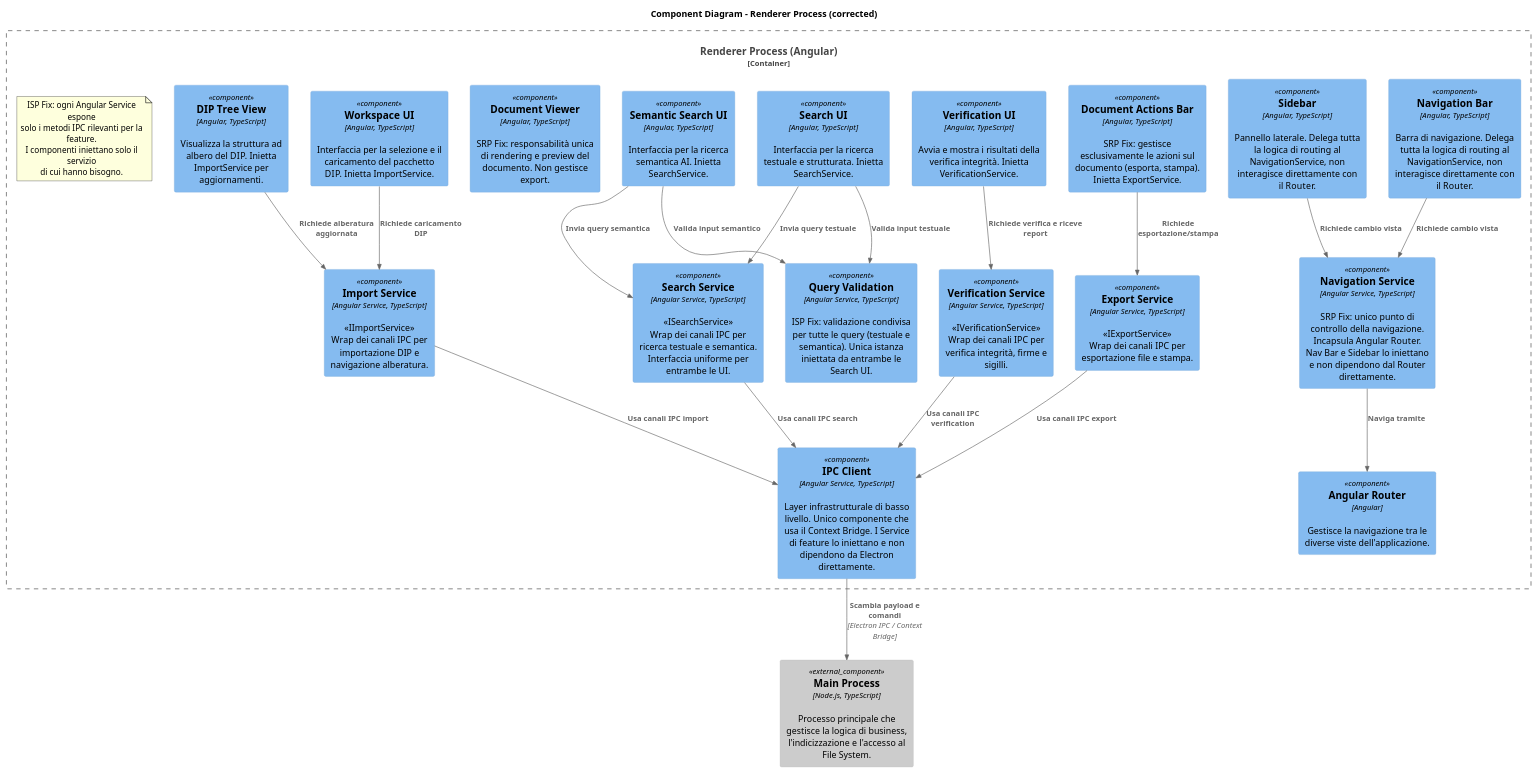
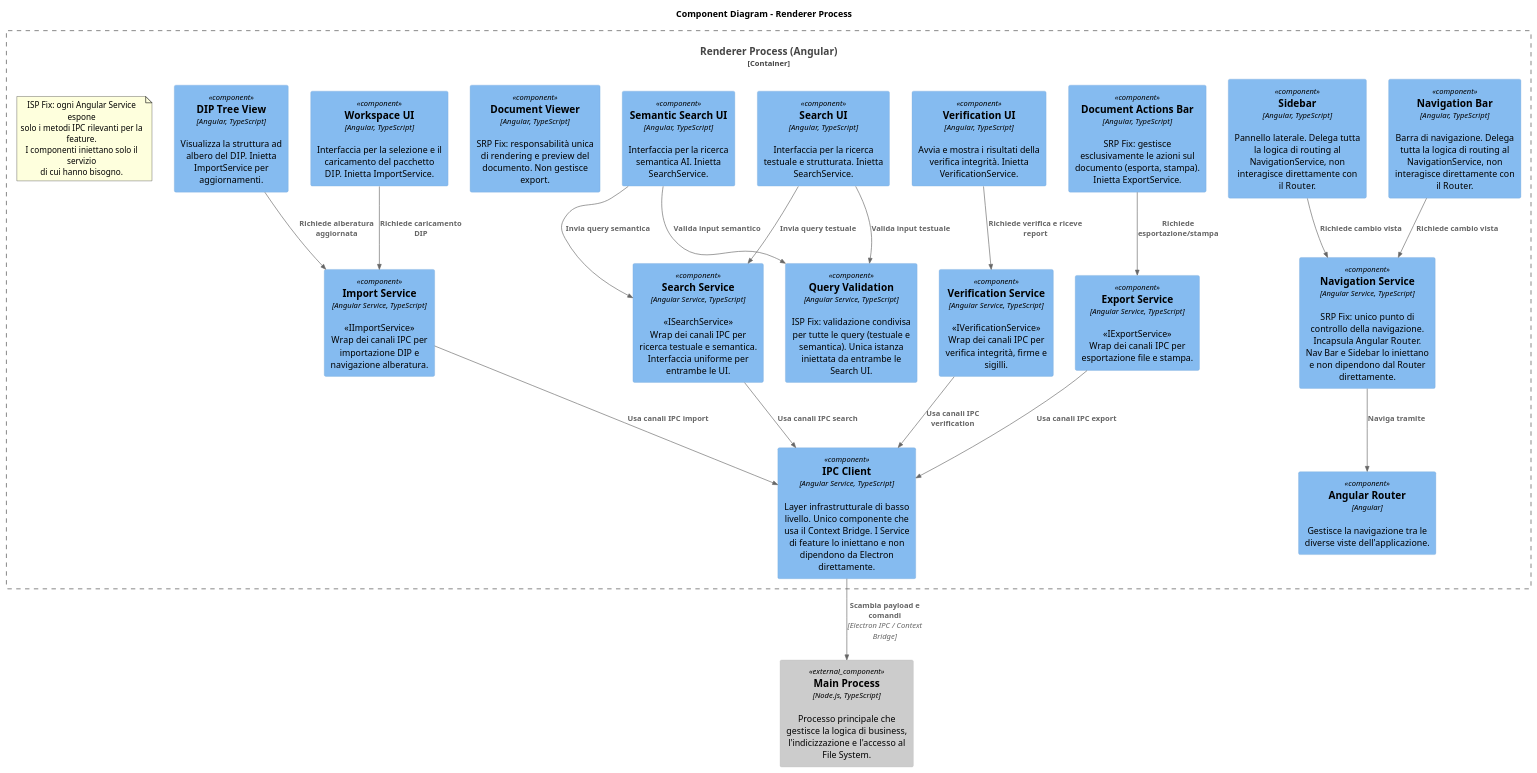
Before and after one commit to 7-ZPUs/Docs: the diagram in 3_PB/SpecificaTecnica/C3_componentAngular.puml, drawn with PlantUML. The commit also changed 8 other files, not shown here.

```diff
--- a/3_PB/SpecificaTecnica/C3_componentAngular.puml
+++ b/3_PB/SpecificaTecnica/C3_componentAngular.puml
@@ -1,78 +1,78 @@
-@startuml
+@startuml Component Diagram – Renderer Process
 !include https://raw.githubusercontent.com/plantuml-stdlib/C4-PlantUML/master/C4_Component.puml
-title Component Diagram – Renderer Process (corrected)
+title Component Diagram – Renderer Process
 
 Component_Ext(main, "Main Process", "Node.js, TypeScript", "Processo principale che gestisce la logica di business, l'indicizzazione e l'accesso al File System.")
 
 Container_Boundary(renderer, "Renderer Process (Angular)") {
 
     ' ── Navigation Shell ──────────────────────────────────────
     Component(nav_bar,  "Navigation Bar", "Angular, TypeScript", "Barra di navigazione. Delega tutta la logica di routing al NavigationService, non interagisce direttamente con il Router.")
     Component(side_bar, "Sidebar",        "Angular, TypeScript", "Pannello laterale. Delega tutta la logica di routing al NavigationService, non interagisce direttamente con il Router.")
 
     Component(nav_service, "Navigation Service", "Angular Service, TypeScript", "SRP Fix: unico punto di controllo della navigazione. Incapsula Angular Router. Nav Bar e Sidebar lo iniettano e non dipendono dal Router direttamente.")
     Component(router,      "Angular Router",     "Angular",                     "Gestisce la navigazione tra le diverse viste dell'applicazione.")
 
     ' ── Feature: Import ───────────────────────────────────────
     Component(workspace_ui, "Workspace UI", "Angular, TypeScript", "Interfaccia per la selezione e il caricamento del pacchetto DIP. Inietta ImportService.")
 
     ' ── Feature: Search ───────────────────────────────────────
     Component(search_ui,       "Search UI",       "Angular, TypeScript", "Interfaccia per la ricerca testuale e strutturata. Inietta SearchService.")
     Component(sema_search_ui,  "Semantic Search UI", "Angular, TypeScript", "Interfaccia per la ricerca semantica AI. Inietta SearchService.")
     Component(query_validation, "Query Validation", "Angular Service, TypeScript", "ISP Fix: validazione condivisa per tutte le query (testuale e semantica). Unica istanza iniettata da entrambe le Search UI.")
 
     ' ── Feature: Viewer ───────────────────────────────────────
     Component(dip_tree_view,    "DIP Tree View",        "Angular, TypeScript", "Visualizza la struttura ad albero del DIP. Inietta ImportService per aggiornamenti.")
     Component(document_viewer,  "Document Viewer",      "Angular, TypeScript", "SRP Fix: responsabilità unica di rendering e preview del documento. Non gestisce export.")
     Component(document_actions, "Document Actions Bar", "Angular, TypeScript", "SRP Fix: gestisce esclusivamente le azioni sul documento (esporta, stampa). Inietta ExportService.")
 
     ' ── Feature: Verification ─────────────────────────────────
     Component(verification_ui, "Verification UI", "Angular, TypeScript", "Avvia e mostra i risultati della verifica integrità. Inietta VerificationService.")
 
     ' ── IPC Services (ISP: un servizio per feature) ──────────
     note as isp_note
       ISP Fix: ogni Angular Service espone
       solo i metodi IPC rilevanti per la feature.
       I componenti iniettano solo il servizio
       di cui hanno bisogno.
     end note
 
     Component(import_service,       "Import Service",       "Angular Service, TypeScript", "<<IImportService>>\nWrap dei canali IPC per importazione DIP e navigazione alberatura.")
     Component(search_service,       "Search Service",       "Angular Service, TypeScript", "<<ISearchService>>\nWrap dei canali IPC per ricerca testuale e semantica. Interfaccia uniforme per entrambe le UI.")
     Component(verification_service, "Verification Service", "Angular Service, TypeScript", "<<IVerificationService>>\nWrap dei canali IPC per verifica integrità, firme e sigilli.")
     Component(export_service,       "Export Service",       "Angular Service, TypeScript", "<<IExportService>>\nWrap dei canali IPC per esportazione file e stampa.")
 
     Component(ipc_client, "IPC Client", "Angular Service, TypeScript", "Layer infrastrutturale di basso livello. Unico componente che usa il Context Bridge. I Service di feature lo iniettano e non dipendono da Electron direttamente.")
 }
 
 ' ── Navigation ──────────────────────────────────────────────────
 Rel(nav_bar,  nav_service, "Richiede cambio vista")
 Rel(side_bar, nav_service, "Richiede cambio vista")
 Rel(nav_service, router,   "Naviga tramite")
 
 ' ── Feature: Import ─────────────────────────────────────────────
 Rel(workspace_ui,   import_service, "Richiede caricamento DIP")
 Rel(dip_tree_view,  import_service, "Richiede alberatura aggiornata")
 
 ' ── Feature: Search ─────────────────────────────────────────────
 Rel(search_ui,      query_validation, "Valida input testuale")
 Rel(sema_search_ui, query_validation, "Valida input semantico")
 Rel(search_ui,      search_service,   "Invia query testuale")
 Rel(sema_search_ui, search_service,   "Invia query semantica")
 
 ' ── Feature: Viewer ─────────────────────────────────────────────
 Rel(document_actions, export_service, "Richiede esportazione/stampa")
 
 ' ── Feature: Verification ───────────────────────────────────────
 Rel(verification_ui, verification_service, "Richiede verifica e riceve report")
 
 ' ── Services → IPC Client ───────────────────────────────────────
 Rel(import_service,       ipc_client, "Usa canali IPC import")
 Rel(search_service,       ipc_client, "Usa canali IPC search")
 Rel(verification_service, ipc_client, "Usa canali IPC verification")
 Rel(export_service,       ipc_client, "Usa canali IPC export")
 
 ' ── IPC Client → Main ───────────────────────────────────────────
 Rel(ipc_client, main, "Scambia payload e comandi", "Electron IPC / Context Bridge")
 
 @enduml
```
